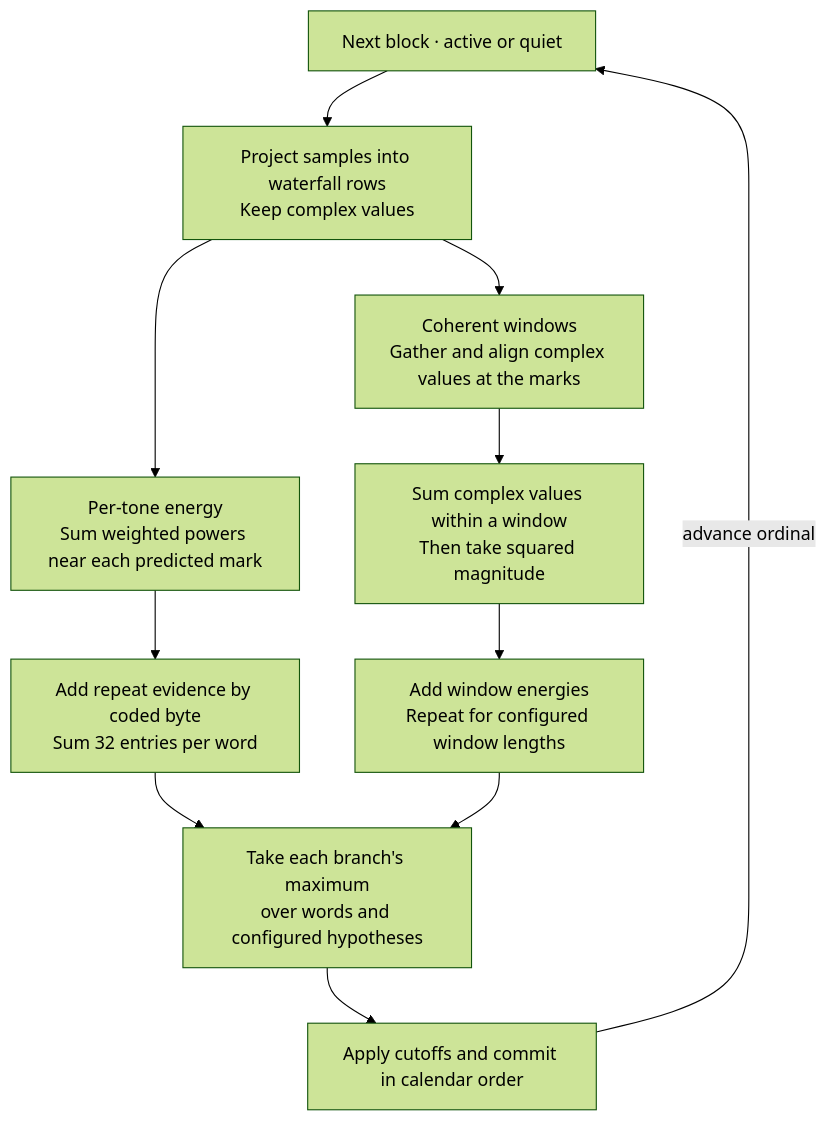
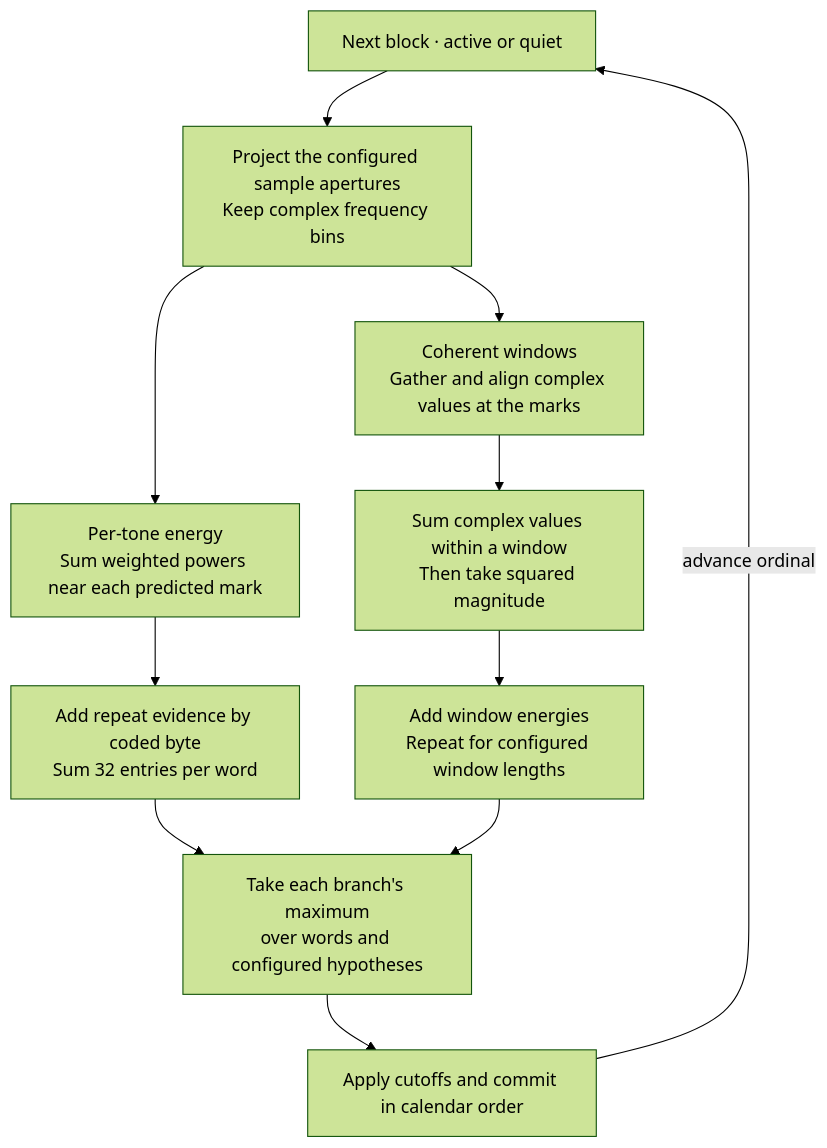
One commit to mirage335-colossus/pumpModem changed the first of 3 diagrams in _appraisal/matrixModem-FSK.md. Above: the diagram before and after it, drawn with Mermaid (forest theme). The commit also changed other lines of this file and 2 other files, not shown here.

````diff
--- a/_appraisal/matrixModem-FSK.md
+++ b/_appraisal/matrixModem-FSK.md
@@ -78,13 +84,13 @@
 ```mermaid
 flowchart TD
-    block["Next block · active or quiet"] --> bins["Project samples into waterfall rows<br/>Keep complex values"]
+    block["Next block · active or quiet"] --> bins["Project the configured sample apertures<br/>Keep complex frequency bins"]
     bins --> energy["Per-tone energy<br/>Sum weighted powers near each predicted mark"]
     bins --> phase["Coherent windows<br/>Gather and align complex values at the marks"]
     energy --> esum["Add repeat evidence by coded byte<br/>Sum 32 entries per word"]
     phase --> csum["Sum complex values within a window<br/>Then take squared magnitude"]
     csum --> ladder["Add window energies<br/>Repeat for configured window lengths"]
     esum --> decide["Take each branch's maximum<br/>over words and configured hypotheses"]
     ladder --> decide
     decide --> commit["Apply cutoffs and commit in calendar order"]
     commit -->|advance ordinal| block
 ```
````
